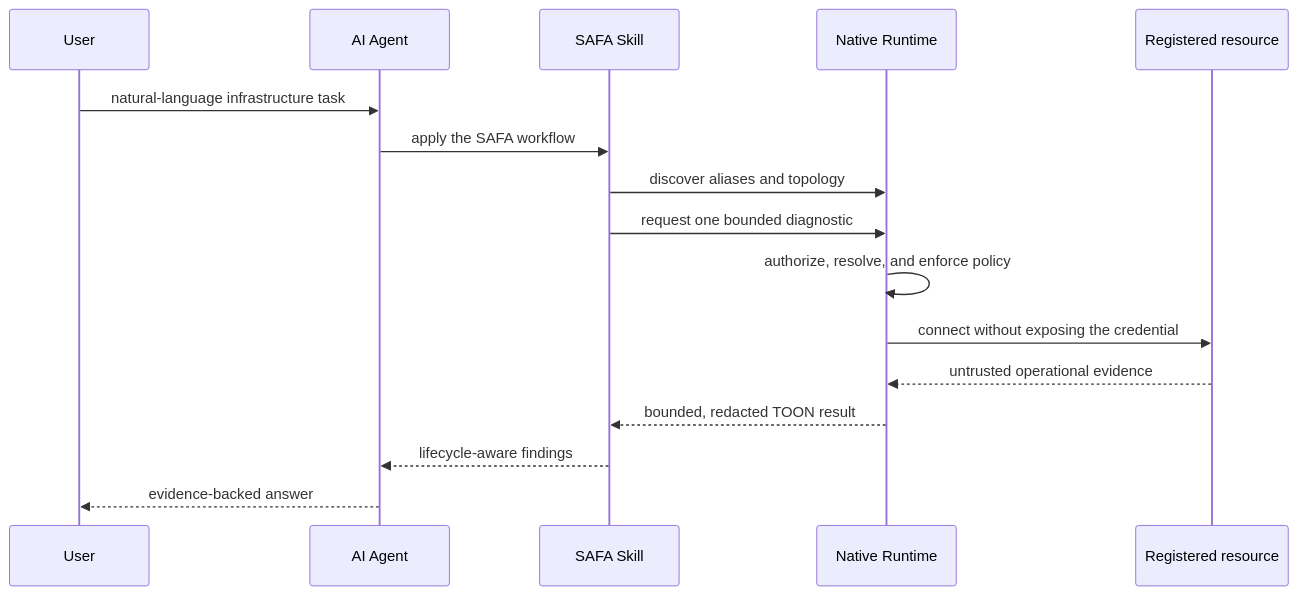
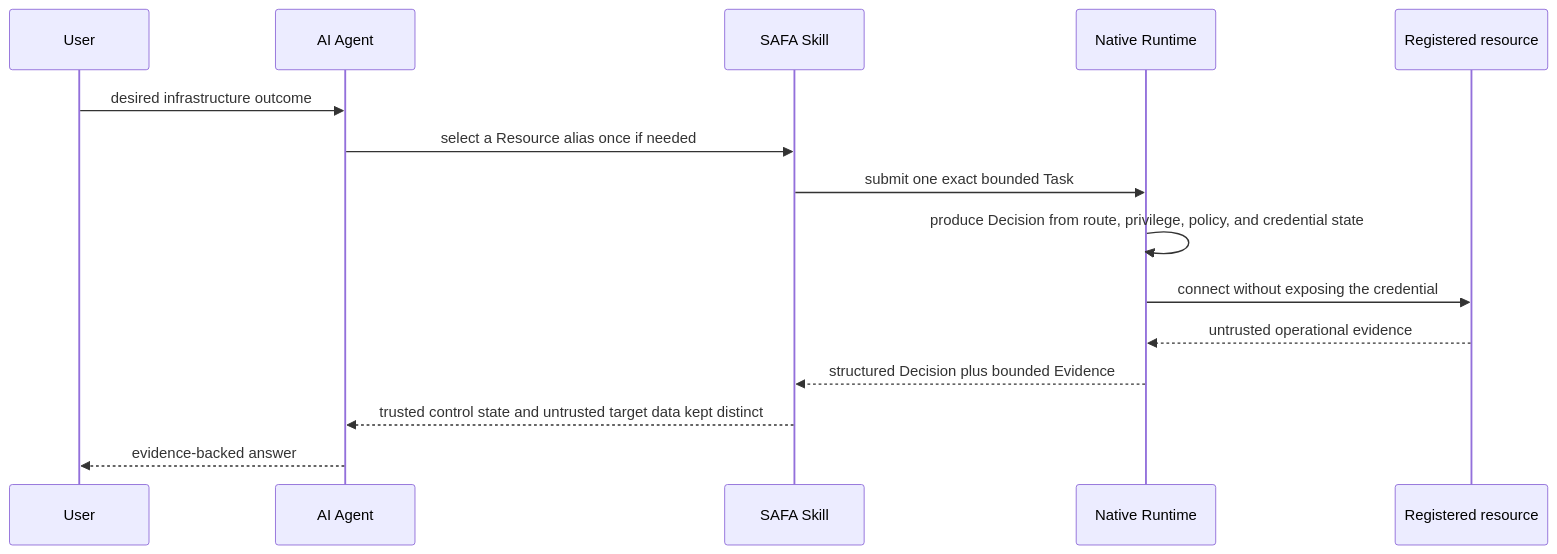
One commit to juju-w/safa changed the diagram in README.md. Above: the diagram before and after it, drawn with Mermaid. The commit also changed other lines of this file and 64 other files, not shown here.

Commit message:
feat: define and validate the core MVP agent flow

````diff
--- a/README.md
+++ b/README.md
@@ -103,19 +103,18 @@
 ```mermaid
 sequenceDiagram
     participant U as User
     participant A as AI Agent
     participant S as SAFA Skill
     participant R as Native Runtime
     participant T as Registered resource
 
-    U->>A: natural-language infrastructure task
-    A->>S: apply the SAFA workflow
-    S->>R: discover aliases and topology
-    S->>R: request one bounded diagnostic
-    R->>R: authorize, resolve, and enforce policy
+    U->>A: desired infrastructure outcome
+    A->>S: select a Resource alias once if needed
+    S->>R: submit one exact bounded Task
+    R->>R: produce Decision from route, privilege, policy, and credential state
     R->>T: connect without exposing the credential
     T-->>R: untrusted operational evidence
-    R-->>S: bounded, redacted TOON result
-    S-->>A: lifecycle-aware findings
+    R-->>S: structured Decision plus bounded Evidence
+    S-->>A: trusted control state and untrusted target data kept distinct
     A-->>U: evidence-backed answer
 ```
````
